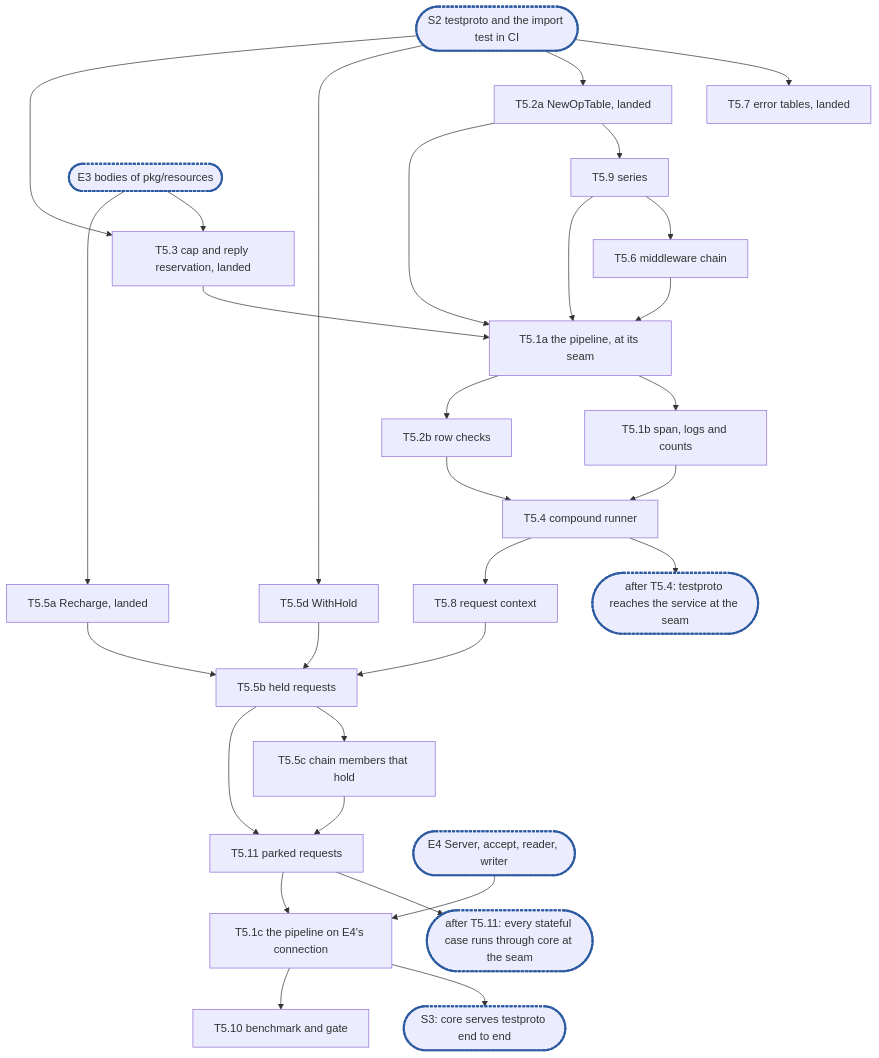
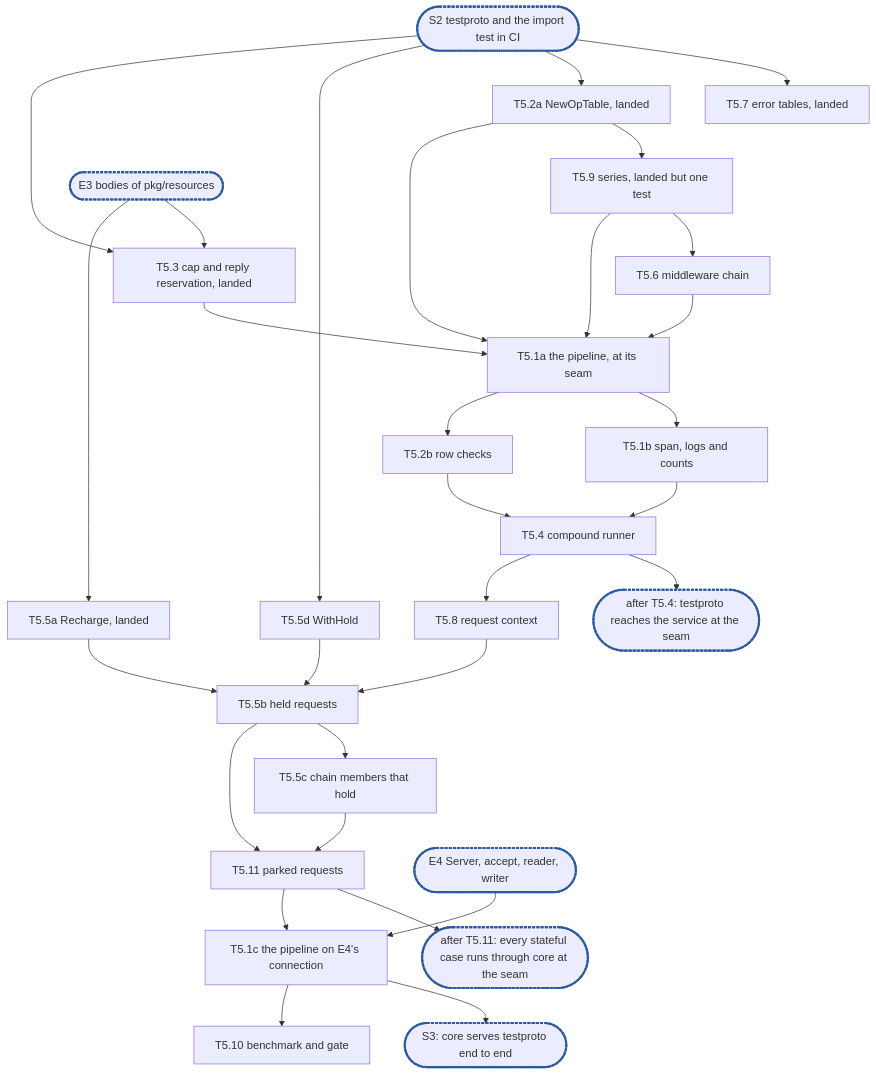
One commit to cubbit/dittofs changed the diagram in docs/internals/planning/rfc-20-adapters-epic5.md. Above: the diagram before and after it, drawn with Mermaid. The commit also changed other lines of this file, not shown here.

First line of the commit message:
docs(planning): epic 5's T5.9 landed with #4444 but the case of two registries

````diff
--- a/docs/internals/planning/rfc-20-adapters-epic5.md
+++ b/docs/internals/planning/rfc-20-adapters-epic5.md
@@ -2144,33 +2155,33 @@
 ```mermaid
 flowchart TD
   S2(["S2 testproto and the import test in CI"]):::sync --> T5_7["T5.7 error tables, landed"]
   S2 --> T5_2a["T5.2a NewOpTable, landed"]
-  T5_2a --> T5_9["T5.9 series"]
+  T5_2a --> T5_9["T5.9 series, landed but one test"]
   T5_9 --> T5_6["T5.6 middleware chain"]
   S2 --> T5_5d["T5.5d WithHold"]
   S2 --> T5_3["T5.3 cap and reply reservation, landed"]
   E3(["E3 bodies of pkg/resources"]):::sync --> T5_3
   E3 --> T5_5a["T5.5a Recharge, landed"]
   T5_2a --> T5_1a["T5.1a the pipeline, at its seam"]
   T5_9 --> T5_1a
   T5_6 --> T5_1a
   T5_3 --> T5_1a
   T5_1a --> T5_1b["T5.1b span, logs and counts"]
   T5_1a --> T5_2b["T5.2b row checks"]
   T5_1b --> T5_4["T5.4 compound runner"]
   T5_2b --> T5_4
   T5_4 --> C1(["after T5.4: testproto reaches the service at the seam"]):::sync
   T5_4 --> T5_8["T5.8 request context"]
   T5_5a --> T5_5b["T5.5b held requests"]
   T5_5d --> T5_5b
   T5_8 --> T5_5b
   T5_5b --> T5_5c["T5.5c chain members that hold"]
   T5_5b --> T5_11["T5.11 parked requests"]
   T5_5c --> T5_11
   T5_11 --> C2(["after T5.11: every stateful case runs through core at the seam"]):::sync
   E4(["E4 Server, accept, reader, writer"]):::sync --> T5_1c["T5.1c the pipeline on E4's connection"]
   T5_11 --> T5_1c
   T5_1c --> C3(["S3: core serves testproto end to end"]):::sync
   T5_1c --> T5_10["T5.10 benchmark and gate"]
   classDef sync stroke:#2c5aa0,stroke-width:3px,stroke-dasharray:4 2
 ```
````
